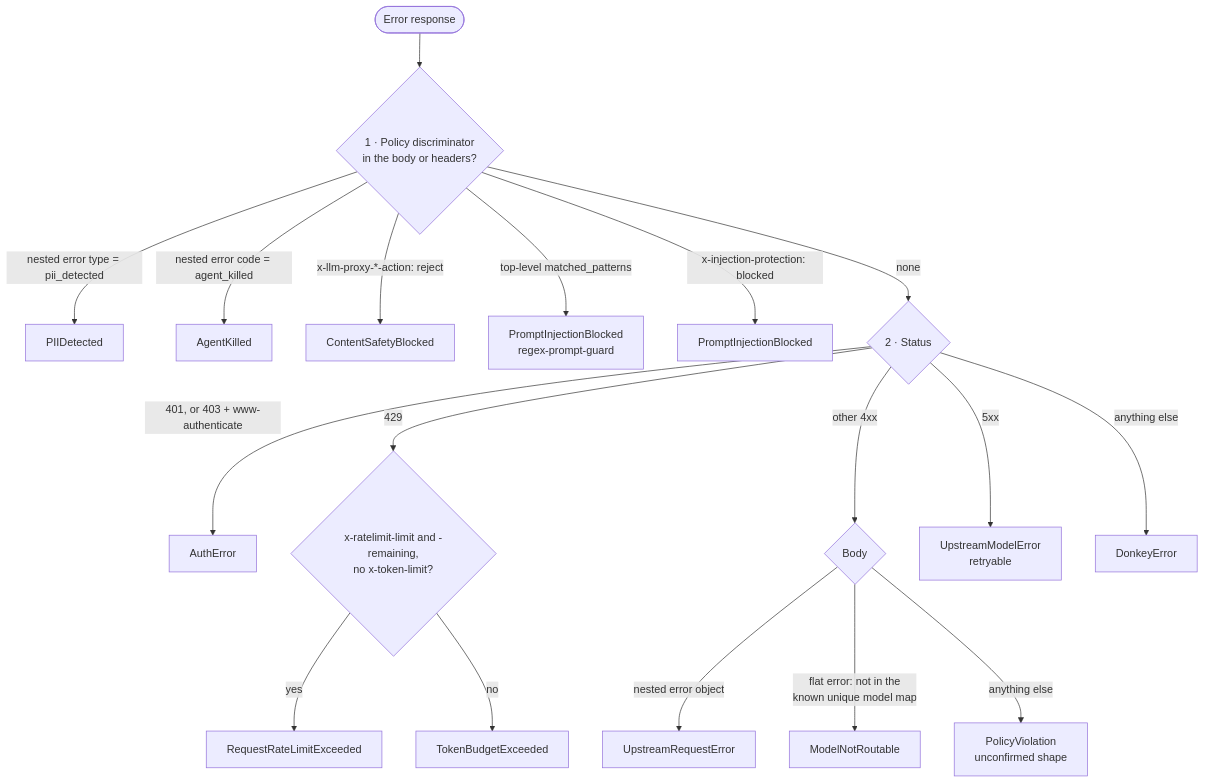
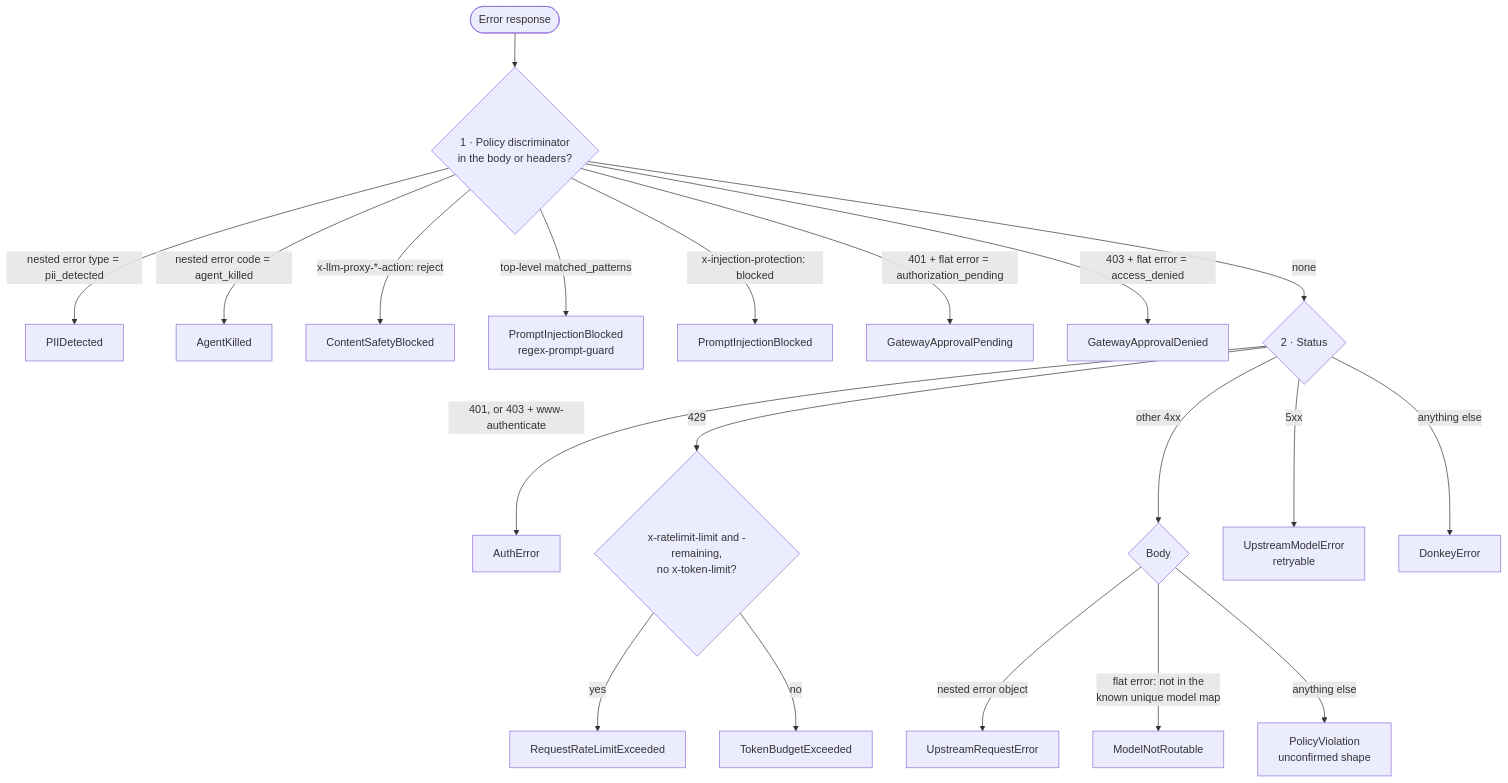
Before and after one commit to Donkey-Development-Kit/donkey-development-kit: the diagram in website/content/errors.mdx, drawn with Mermaid. The commit also changed other lines of this file and 39 other files, not shown here.

````diff
--- a/website/content/errors.mdx
+++ b/website/content/errors.mdx
@@ -51,20 +55,22 @@
 ```mermaid
 flowchart TD
     R(["Error response"]) --> D{"1 · Policy discriminator<br/>in the body or headers?"}
     D -->|"nested error type = pii_detected"| X1["PIIDetected"]
     D -->|"nested error code = agent_killed"| X2["AgentKilled"]
     D -->|"x-llm-proxy-*-action: reject"| X3["ContentSafetyBlocked"]
     D -->|"top-level matched_patterns"| X4["PromptInjectionBlocked<br/>regex-prompt-guard"]
     D -->|"x-injection-protection: blocked"| X5["PromptInjectionBlocked"]
+    D -->|"401 + flat error = authorization_pending"| X14["GatewayApprovalPending"]
+    D -->|"403 + flat error = access_denied"| X15["GatewayApprovalDenied"]
     D -->|none| S{"2 · Status"}
     S -->|"401, or 403 + www-authenticate"| X6["AuthError"]
     S -->|429| Q{"x-ratelimit-limit and -remaining,<br/>no x-token-limit?"}
     Q -->|yes| X7["RequestRateLimitExceeded"]
     Q -->|no| X8["TokenBudgetExceeded"]
     S -->|"other 4xx"| F{"Body"}
     F -->|"nested error object"| X9["UpstreamRequestError"]
     F -->|"flat error: not in the<br/>known unique model map"| X10["ModelNotRoutable"]
     F -->|anything else| X11["PolicyViolation<br/>unconfirmed shape"]
     S -->|5xx| X12["UpstreamModelError<br/>retryable"]
     S -->|"anything else"| X13["DonkeyError"]
 ```
````
